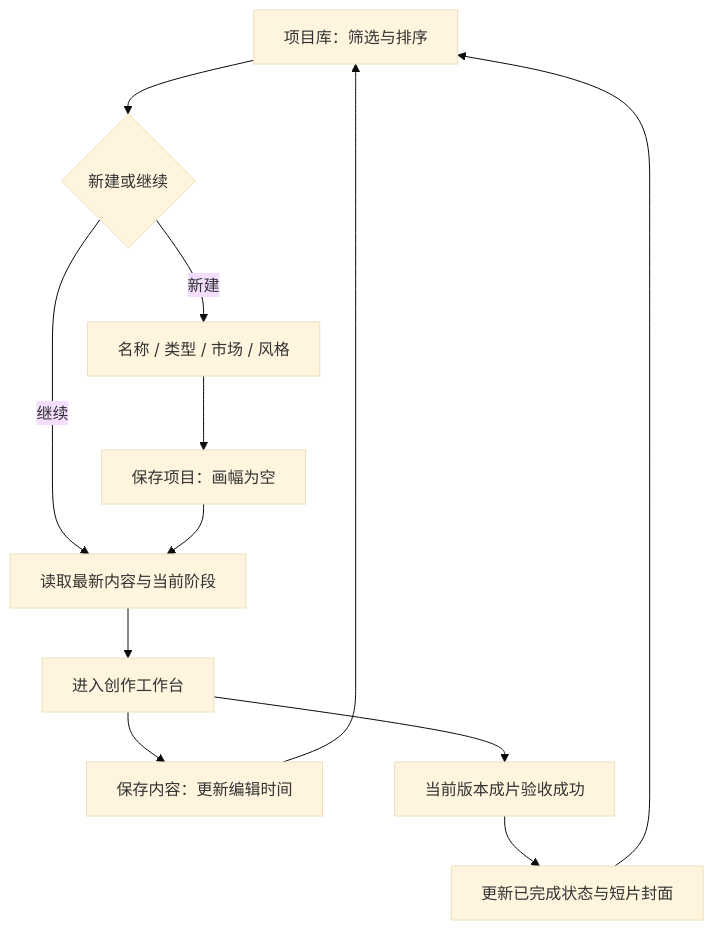
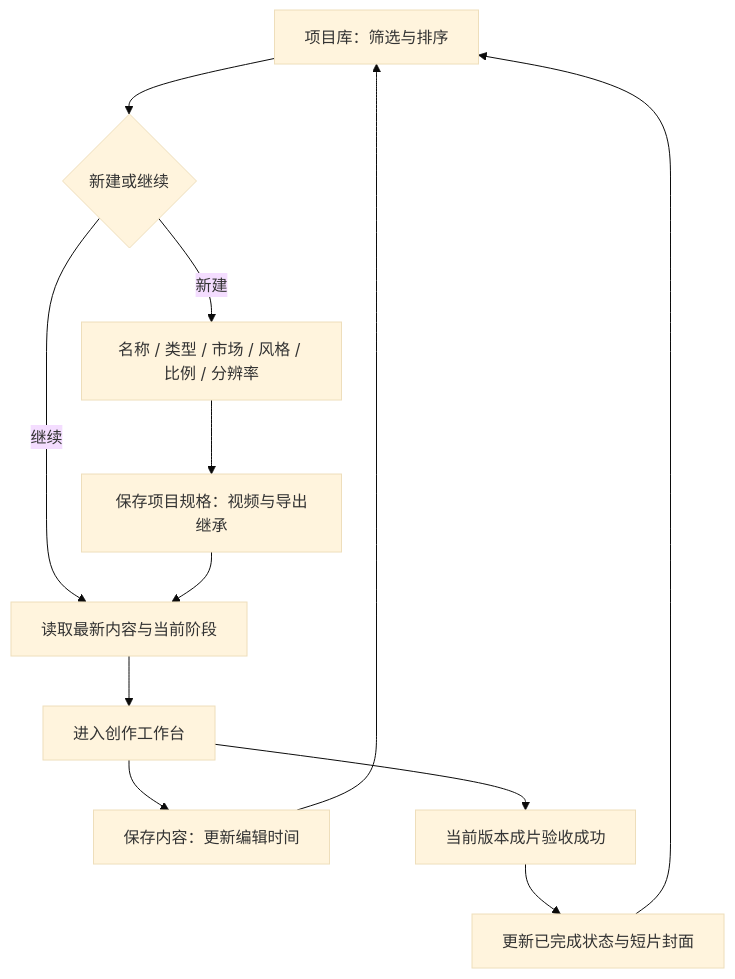
The diagram in interaction-prd-workspace/reference/technical-diagrams/03-projects.mmd (federra/MengyuanAI), drawn with Mermaid (base theme) before and after one commit. The commit also changed 81 other files, not shown here.

```diff
--- a/interaction-prd-workspace/reference/technical-diagrams/03-projects.mmd
+++ b/interaction-prd-workspace/reference/technical-diagrams/03-projects.mmd
@@ -1,12 +1,12 @@
 flowchart TB
   A[项目库：筛选与排序] --> B{新建或继续}
-  B -->|新建| C[名称 / 类型 / 市场 / 风格]
-  C --> D[保存项目：画幅为空]
+  B -->|新建| C[名称 / 类型 / 市场 / 风格 / 比例 / 分辨率]
+  C --> D[保存项目规格：视频与导出继承]
   B -->|继续| E[读取最新内容与当前阶段]
   D --> E
   E --> F[进入创作工作台]
   F --> G[保存内容：更新编辑时间]
   G --> A
   F --> H[当前版本成片验收成功]
   H --> I[更新已完成状态与短片封面]
   I --> A
```
